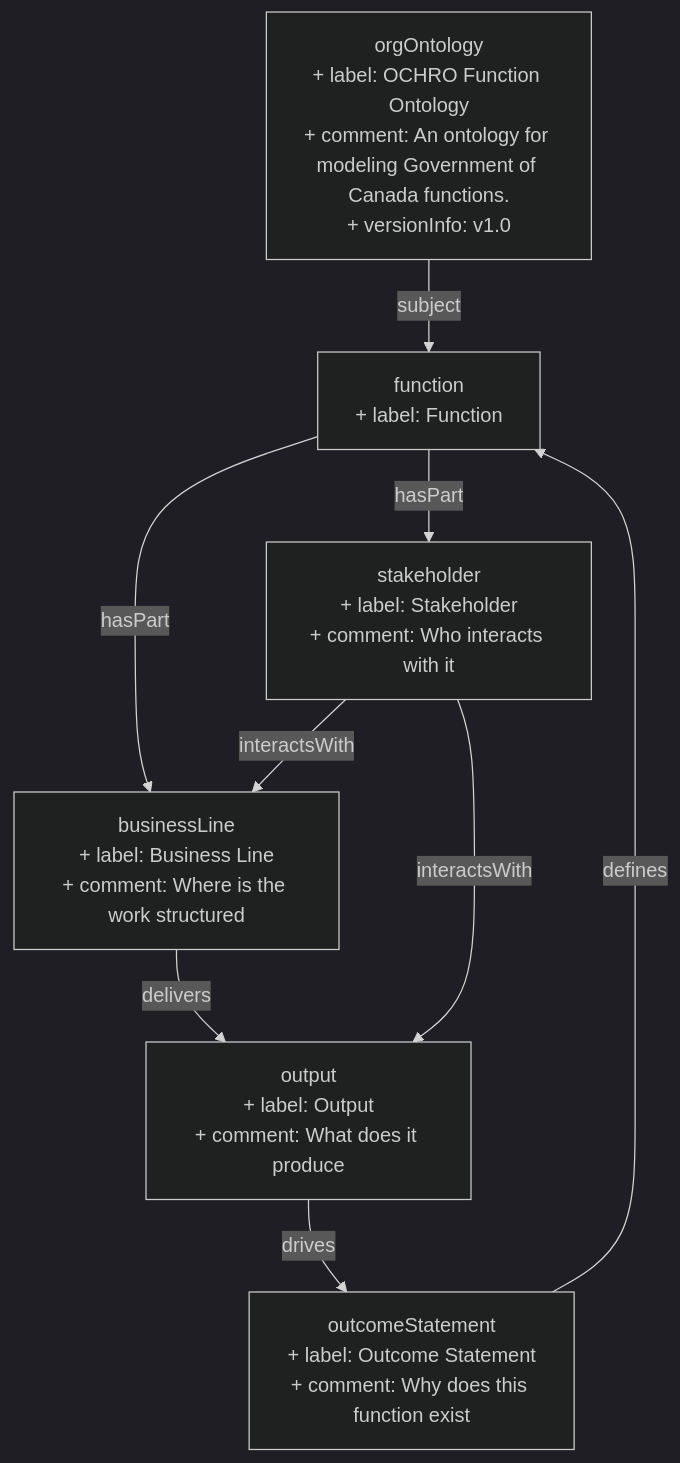
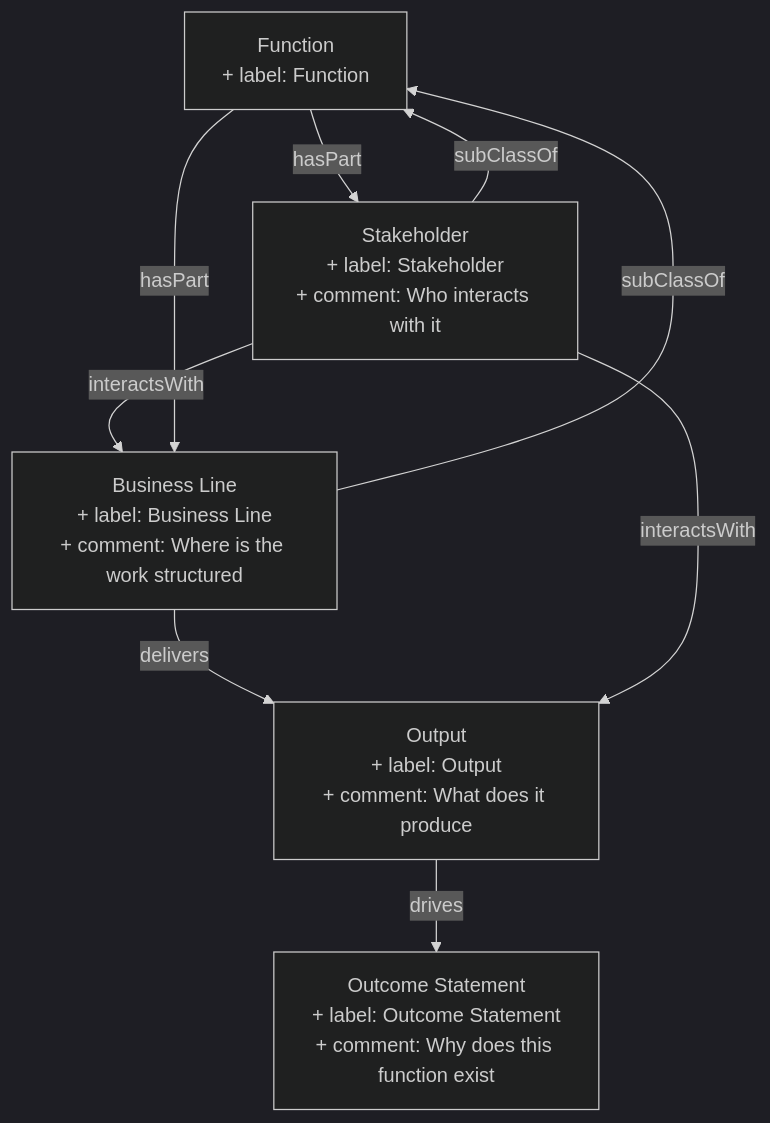
One commit to heidingaway/heidi2 changed the diagram in content/function.md. Above: the diagram before and after it, drawn with Mermaid (dark theme). The commit also changed other lines of this file and 140 other files, not shown here.

````diff
--- a/content/function.md
+++ b/content/function.md
@@ -22,17 +28,16 @@
 ```mermaid
 graph TD
-  function["function<br>+ label: Function"]:::current-page-node
-  stakeholder["stakeholder<br>+ label: Stakeholder<br>+ comment: Who interacts with it"]
-  businessLine["businessLine<br>+ label: Business Line<br>+ comment: Where is the work structured"]
-  orgOntology["orgOntology<br>+ label: OCHRO Function Ontology<br>+ comment: An ontology for modeling Government of Canada functions.<br>+ versionInfo: v1.0"]
-  outcomeStatement["outcomeStatement<br>+ label: Outcome Statement<br>+ comment: Why does this function exist"]
-  output["output<br>+ label: Output<br>+ comment: What does it produce"]
-  orgOntology-->|" subject "|function
-  businessLine-->|" delivers "|output
-  output-->|" drives "|outcomeStatement
-  function-->|" hasPart "|businessLine
-  stakeholder-->|" interactsWith "|output
-  stakeholder-->|" interactsWith "|businessLine
-  outcomeStatement-->|" defines "|function
-  function-->|" hasPart "|stakeholder
+  Function["Function<br>+ label: Function"]:::current-page-node
+  Stakeholder["Stakeholder<br>+ label: Stakeholder<br>+ comment: Who interacts with it"]
+  Business_Line["Business Line<br>+ label: Business Line<br>+ comment: Where is the work structured"]
+  Output["Output<br>+ label: Output<br>+ comment: What does it produce"]
+  Outcome_Statement["Outcome Statement<br>+ label: Outcome Statement<br>+ comment: Why does this function exist"]
+  Stakeholder-->|" interactsWith "|Business_Line
+  Business_Line-->|" delivers "|Output
+  Function-->|" hasPart "|Business_Line
+  Stakeholder-->|" subClassOf "|Function
+  Function-->|" hasPart "|Stakeholder
+  Stakeholder-->|" interactsWith "|Output
+  Output-->|" drives "|Outcome_Statement
+  Business_Line-->|" subClassOf "|Function
 ```
````
